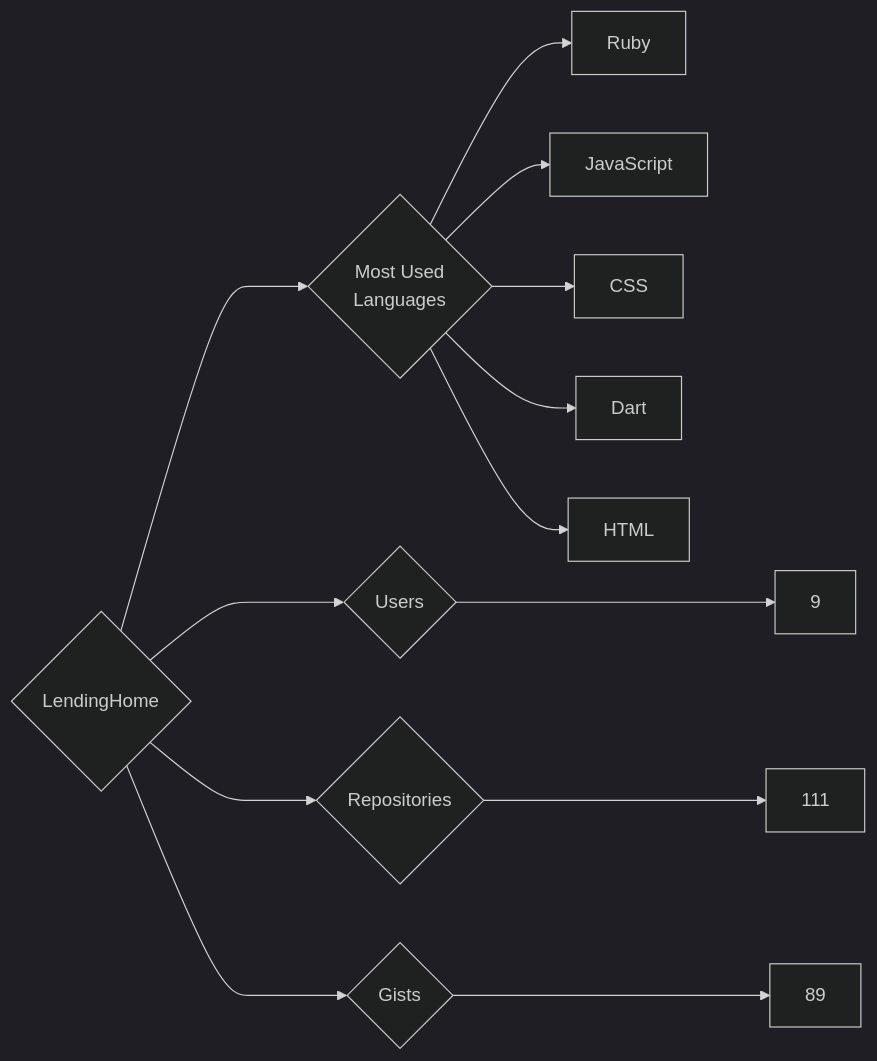
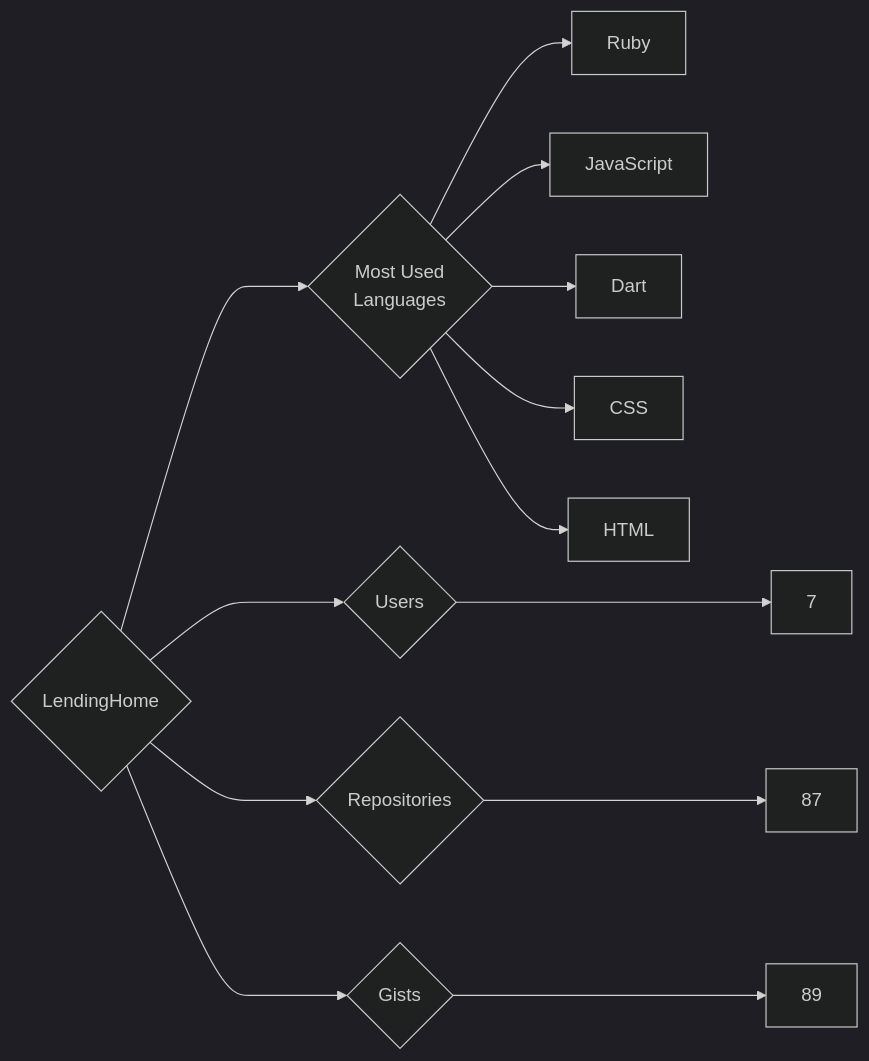
The diagram in targets/LendingHome/README.md (trickest/insiders), drawn with Mermaid (dark theme) before and after one commit. The commit also changed 914 other files, not shown here.

````diff
--- a/targets/LendingHome/README.md
+++ b/targets/LendingHome/README.md
@@ -3,13 +3,13 @@
 ```mermaid
 graph LR
 COMPANY_NAME{LendingHome}
-COMPANY_NAME ---> U{Users} ---> UN[9]
-COMPANY_NAME ---> R{Repositories} ---> RN[111]
+COMPANY_NAME ---> U{Users} ---> UN[7]
+COMPANY_NAME ---> R{Repositories} ---> RN[87]
 COMPANY_NAME ---> G{Gists} ---> GN[89]
 COMPANY_NAME ---> ML{Most Used<br>Languages}
 ML --> Ruby[Ruby]
 ML --> JavaScript[JavaScript]
+ML --> Dart[Dart]
 ML --> CSS[CSS]
-ML --> Dart[Dart]
 ML --> HTML[HTML]
 ```
````
